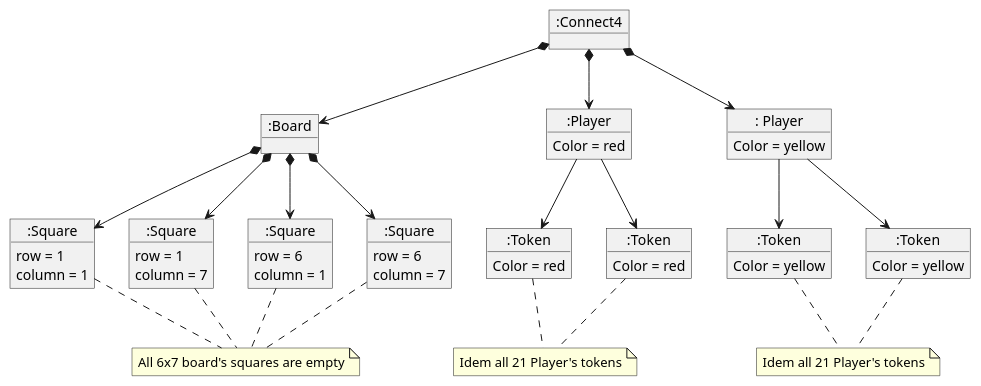
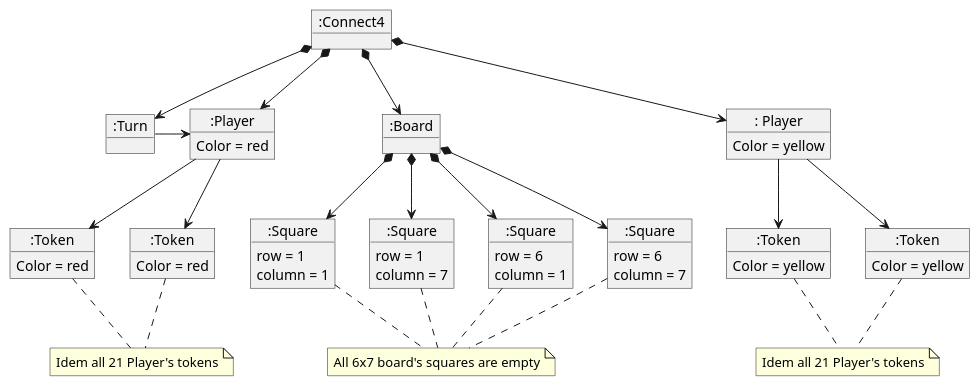
Before and after one commit to PabloMartinFluvia/IT-School: the diagram in MPDS/Connect4/docs/src/domain model initial state.plantuml, drawn with PlantUML. The commit also changed 14 other files, not shown here.

```diff
--- a/MPDS/Connect4/docs/src/domain model initial state.plantuml
+++ b/MPDS/Connect4/docs/src/domain model initial state.plantuml
@@ -1,83 +1,88 @@
 @startuml
 
 object ":Connect4" as connect4
 object ":Board" as board
+object ":Turn" as turn
 
 'players'
 object ":Player" as playerRed{
 Color = red
 }
 object ": Player" as playerYellow{
 Color = yellow
 }
 
 'squares'
 object ":Square" as square11{
 row = 1
 column = 1
 }
 object ":Square" as square17{
 row = 1
 column = 7
 }
 object ":Square" as square61{
 row = 6
 column = 1
 }
 object ":Square" as square67{
 row = 6
 column = 7
 }
 
 'tokens'
 object ":Token" as tokenRed1{
 Color = red
 }
 object ":Token" as tokenRed2{
 Color = red
 }
 object ":Token" as tokenYellow1{
 Color = yellow
 }
 object ":Token" as tokenYellow2{
 Color = yellow
 }
 
 'connect4 dependencies'
 connect4 *-down-> board
+connect4 *-down-> turn
 connect4 *-down-> playerRed
 connect4 *-down-> playerYellow
+
+'turn dependencies'
+turn -right-> playerRed
 
 'board dependencies'
 board *-down-> square11
 board *-down-> square17
 board *-down-> square61
 board *-down-> square67
 
 'player dependencies'
 playerRed -down-> tokenRed1
 playerRed -down-> tokenRed2
 playerYellow -down-> tokenYellow1
 playerYellow -down-> tokenYellow2
 
 note as NEmpty
 All 6x7 board's squares are empty
 end note
 square11..NEmpty
 square17..NEmpty
 square61..NEmpty
 square67..NEmpty
 
 note as NYellow
 Idem all 21 Player's tokens
 end note
 tokenYellow1..NYellow
 tokenYellow2..NYellow
 
 note as NRed
 Idem all 21 Player's tokens
 end note
 tokenRed1..NRed
 tokenRed2..NRed
 
 @enduml
```
